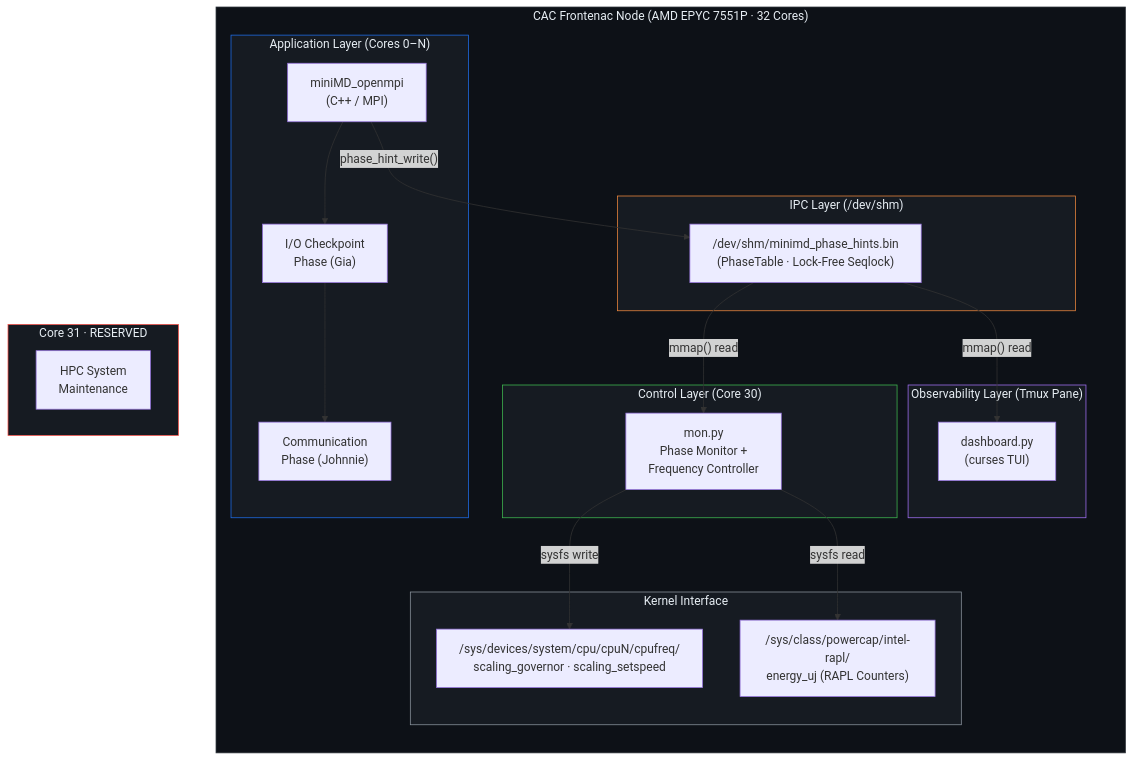
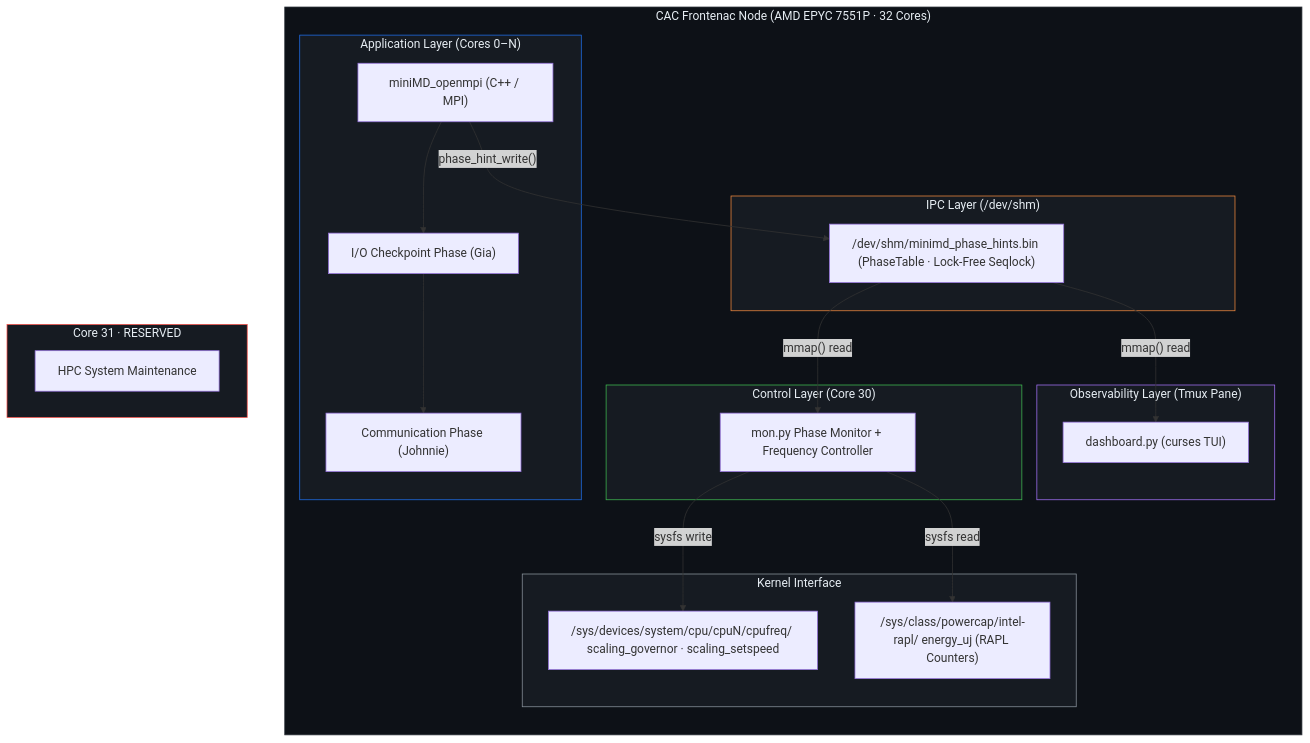
The first of 2 diagrams in 00_architecture_docs/00_system_architecture.md (johnnietse/elec-498-group-30-2025-2026-proxy-app), drawn with Mermaid before and after one commit. The commit also changed 7 other files, not shown here.

Commit message:
Fix Mermaid diagram rendering issues on GitHub by removing HTML tags from node labels

````diff
--- a/00_architecture_docs/00_system_architecture.md
+++ b/00_architecture_docs/00_system_architecture.md
@@ -26,48 +26,48 @@
 ```mermaid
 flowchart TB
     subgraph HPC_Node["CAC Frontenac Node (AMD EPYC 7551P · 32 Cores)"]
         direction TB
         
         subgraph AppLayer["Application Layer (Cores 0–N)"]
-            miniMD["miniMD_openmpi<br/>(C++ / MPI)"]
-            IO["I/O Checkpoint<br/>Phase (Gia)"]
-            COMM["Communication<br/>Phase (Johnnie)"]
+            miniMD["miniMD_openmpi (C++ / MPI)"]
+            IO["I/O Checkpoint Phase (Gia)"]
+            COMM["Communication Phase (Johnnie)"]
             miniMD --> IO --> COMM
         end
 
         subgraph IPCLayer["IPC Layer (/dev/shm)"]
-            SHM["/dev/shm/minimd_phase_hints.bin<br/>(PhaseTable · Lock-Free Seqlock)"]
+            SHM["/dev/shm/minimd_phase_hints.bin (PhaseTable · Lock-Free Seqlock)"]
         end
 
         subgraph ControlLayer["Control Layer (Core 30)"]
-            MON["mon.py<br/>Phase Monitor +<br/>Frequency Controller"]
+            MON["mon.py Phase Monitor + Frequency Controller"]
         end
 
         subgraph KernelLayer["Kernel Interface"]
-            SYSFS["/sys/devices/system/cpu/cpuN/cpufreq/<br/>scaling_governor · scaling_setspeed"]
-            RAPL["/sys/class/powercap/intel-rapl/<br/>energy_uj (RAPL Counters)"]
+            SYSFS["/sys/devices/system/cpu/cpuN/cpufreq/ scaling_governor · scaling_setspeed"]
+            RAPL["/sys/class/powercap/intel-rapl/ energy_uj (RAPL Counters)"]
         end
 
         subgraph ObsLayer["Observability Layer (Tmux Pane)"]
-            DASH["dashboard.py<br/>(curses TUI)"]
+            DASH["dashboard.py (curses TUI)"]
         end
 
         miniMD -->|"phase_hint_write()"| SHM
         SHM -->|"mmap() read"| MON
         SHM -->|"mmap() read"| DASH
         MON -->|"sysfs write"| SYSFS
         MON -->|"sysfs read"| RAPL
     end
 
     subgraph Reserved["Core 31 · RESERVED"]
-        HPC_MAINT["HPC System<br/>Maintenance"]
+        HPC_MAINT["HPC System Maintenance"]
     end
 
     style HPC_Node fill:#0d1117,stroke:#30363d,color:#e6edf3
     style AppLayer fill:#161b22,stroke:#1f6feb,color:#e6edf3
     style IPCLayer fill:#161b22,stroke:#f0883e,color:#e6edf3
     style ControlLayer fill:#161b22,stroke:#3fb950,color:#e6edf3
     style KernelLayer fill:#161b22,stroke:#8b949e,color:#e6edf3
     style ObsLayer fill:#161b22,stroke:#a371f7,color:#e6edf3
     style Reserved fill:#161b22,stroke:#f85149,color:#e6edf3
 ```
````
